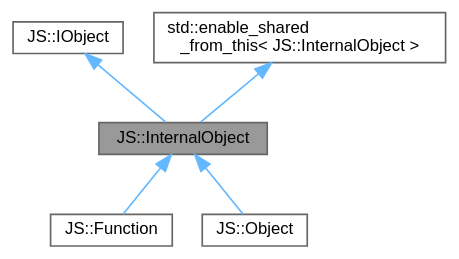
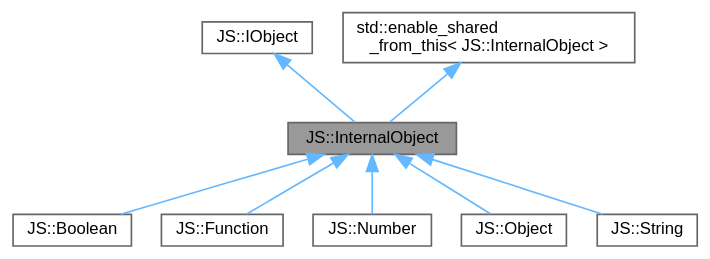
One commit to JS-CMP/JS-CMP changed the diagram in classJS_1_1InternalObject__inherit__graph.dot. Above: the diagram before and after it, drawn with Graphviz. The commit also changed 298 other files, not shown here.

```diff
--- a/classJS_1_1InternalObject__inherit__graph.dot
+++ b/classJS_1_1InternalObject__inherit__graph.dot
@@ -1,16 +1,22 @@
 digraph "JS::InternalObject"
 {
  // LATEX_PDF_SIZE
   bgcolor="transparent";
   edge [fontname=Helvetica,fontsize=10,labelfontname=Helvetica,labelfontsize=10];
   node [fontname=Helvetica,fontsize=10,shape=box,height=0.2,width=0.4];
   Node1 [id="Node000001",label="JS::InternalObject",height=0.2,width=0.4,color="gray40", fillcolor="grey60", style="filled", fontcolor="black",tooltip="Represents a base object for all JavaScript-like objects in C++."];
   Node2 -> Node1 [id="edge1_Node000001_Node000002",dir="back",color="steelblue1",style="solid",tooltip=" "];
   Node2 [id="Node000002",label="JS::IObject",height=0.2,width=0.4,color="gray40", fillcolor="white", style="filled",URL="$classJS_1_1IObject.html",tooltip="Represents a base object for all JavaScript-like objects in C++."];
   Node3 -> Node1 [id="edge2_Node000001_Node000003",dir="back",color="steelblue1",style="solid",tooltip=" "];
   Node3 [id="Node000003",label="std::enable_shared\l_from_this\< JS::InternalObject \>",height=0.2,width=0.4,color="gray40", fillcolor="white", style="filled",tooltip=" "];
   Node1 -> Node4 [id="edge3_Node000001_Node000004",dir="back",color="steelblue1",style="solid",tooltip=" "];
-  Node4 [id="Node000004",label="JS::Function",height=0.2,width=0.4,color="gray40", fillcolor="white", style="filled",URL="$classJS_1_1Function.html",tooltip="Represents a JavaScript-like function object in C++."];
+  Node4 [id="Node000004",label="JS::Boolean",height=0.2,width=0.4,color="gray40", fillcolor="white", style="filled",URL="$classJS_1_1Boolean.html",tooltip="Represent the boolean object in C++."];
   Node1 -> Node5 [id="edge4_Node000001_Node000005",dir="back",color="steelblue1",style="solid",tooltip=" "];
-  Node5 [id="Node000005",label="JS::Object",height=0.2,width=0.4,color="gray40", fillcolor="white", style="filled",URL="$classJS_1_1Object.html",tooltip="Represents a JavaScript-like object in C++."];
+  Node5 [id="Node000005",label="JS::Function",height=0.2,width=0.4,color="gray40", fillcolor="white", style="filled",URL="$classJS_1_1Function.html",tooltip="Represents a JavaScript-like function object in C++."];
+  Node1 -> Node6 [id="edge5_Node000001_Node000006",dir="back",color="steelblue1",style="solid",tooltip=" "];
+  Node6 [id="Node000006",label="JS::Number",height=0.2,width=0.4,color="gray40", fillcolor="white", style="filled",URL="$classJS_1_1Number.html",tooltip="Represent the number object in C++."];
+  Node1 -> Node7 [id="edge6_Node000001_Node000007",dir="back",color="steelblue1",style="solid",tooltip=" "];
+  Node7 [id="Node000007",label="JS::Object",height=0.2,width=0.4,color="gray40", fillcolor="white", style="filled",URL="$classJS_1_1Object.html",tooltip="Represents a JavaScript-like object in C++."];
+  Node1 -> Node8 [id="edge7_Node000001_Node000008",dir="back",color="steelblue1",style="solid",tooltip=" "];
+  Node8 [id="Node000008",label="JS::String",height=0.2,width=0.4,color="gray40", fillcolor="white", style="filled",URL="$classJS_1_1String.html",tooltip="Represents the string object in C++."];
 }
```
